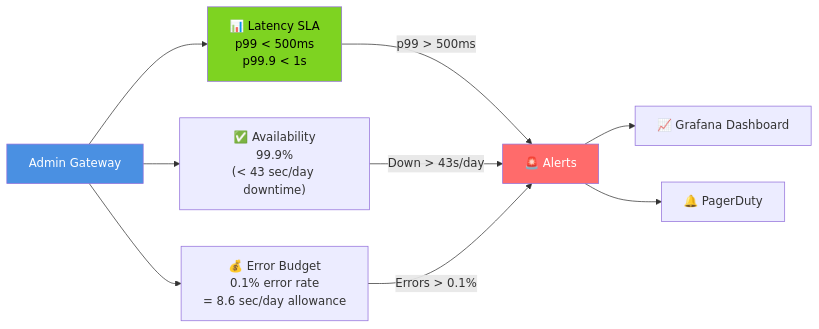
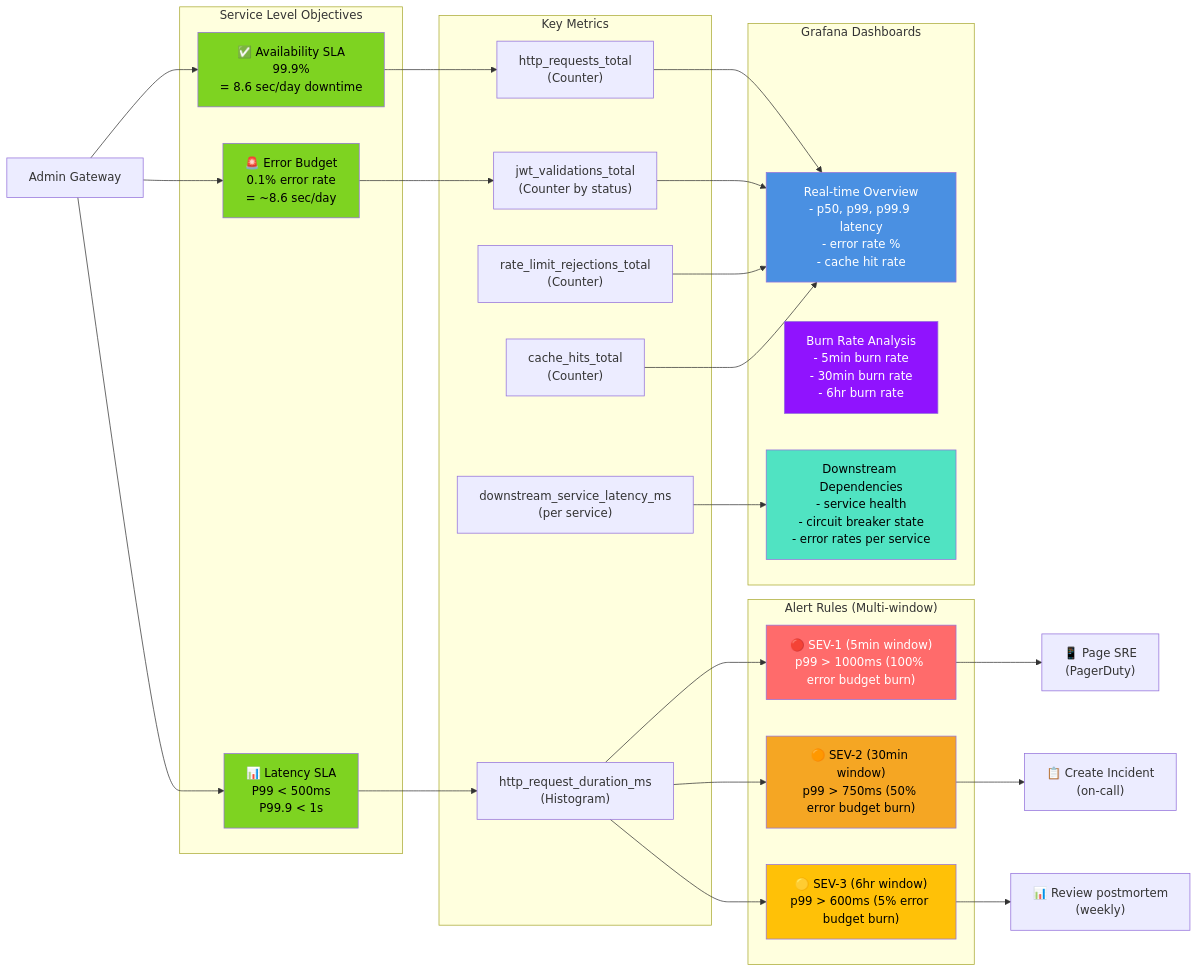
The fifth of 5 diagrams in docs/services/admin-gateway-service/diagrams-v2/07-end-to-end.md (sunitakeazycommerz-a11y/InstaCommerce), drawn with Mermaid before and after one commit. The commit also changed other lines of this file and 12 other files, not shown here.

````diff
--- a/docs/services/admin-gateway-service/diagrams-v2/07-end-to-end.md
+++ b/docs/services/admin-gateway-service/diagrams-v2/07-end-to-end.md
@@ -113,27 +320,63 @@
 ```mermaid
 graph LR
-    AdminGateway["Admin Gateway"]
+    Gateway["Admin Gateway"]
 
-    LatencyTarget["📊 Latency SLA<br/>p99 < 500ms<br/>p99.9 < 1s"]
-    AvailabilityTarget["✅ Availability<br/>99.9%<br/>(< 43 sec/day downtime)"]
-    ErrorBudget["💰 Error Budget<br/>0.1% error rate<br/>= 8.6 sec/day allowance"]
+    subgraph slos["Service Level Objectives"]
+        Latency["📊 Latency SLA<br/>P99 < 500ms<br/>P99.9 < 1s"]
+        Availability["✅ Availability SLA<br/>99.9%<br/>= 8.6 sec/day downtime"]
+        ErrorRate["🚨 Error Budget<br/>0.1% error rate<br/>= ~8.6 sec/day"]
+    end
 
-    AdminGateway --> LatencyTarget
-    AdminGateway --> AvailabilityTarget
-    AdminGateway --> ErrorBudget
+    subgraph metrics["Key Metrics"]
+        M1["http_request_duration_ms<br/>(Histogram)"]
+        M2["http_requests_total<br/>(Counter)"]
+        M3["jwt_validations_total<br/>(Counter by status)"]
+        M4["rate_limit_rejections_total<br/>(Counter)"]
+        M5["cache_hits_total<br/>(Counter)"]
+        M6["downstream_service_latency_ms<br/>(per service)"]
+    end
 
-    Alerts["🚨 Alerts"]
-    Dashboard["📈 Grafana Dashboard"]
-    Pagerduty["🔔 PagerDuty"]
+    subgraph alerts["Alert Rules (Multi-window)"]
+        A1["🔴 SEV-1 (5min window)<br/>p99 > 1000ms (100% error budget burn)"]
+        A2["🟠 SEV-2 (30min window)<br/>p99 > 750ms (50% error budget burn)"]
+        A3["🟡 SEV-3 (6hr window)<br/>p99 > 600ms (5% error budget burn)"]
+    end
 
-    LatencyTarget -->|p99 > 500ms| Alerts
-    AvailabilityTarget -->|Down > 43s/day| Alerts
-    ErrorBudget -->|Errors > 0.1%| Alerts
+    subgraph dashboards["Grafana Dashboards"]
+        D1["Real-time Overview<br/>- p50, p99, p99.9 latency<br/>- error rate %<br/>- cache hit rate"]
+        D2["Burn Rate Analysis<br/>- 5min burn rate<br/>- 30min burn rate<br/>- 6hr burn rate"]
+        D3["Downstream Dependencies<br/>- service health<br/>- circuit breaker state<br/>- error rates per service"]
+    end
 
-    Alerts --> Dashboard
-    Alerts --> Pagerduty
+    Gateway --> Latency
+    Gateway --> Availability
+    Gateway --> ErrorRate
 
-    style AdminGateway fill:#4A90E2,color:#fff
-    style LatencyTarget fill:#7ED321,color:#000
-    style Alerts fill:#FF6B6B,color:#fff
+    Latency --> M1
+    Availability --> M2
+    ErrorRate --> M3
+
+    M1 --> A1
+    M1 --> A2
+    M1 --> A3
+
+    M2 --> D1
+    M3 --> D1
+    M4 --> D1
+    M5 --> D1
+    M6 --> D3
+
+    A1 --> A1_Page["📱 Page SRE<br/>(PagerDuty)"]
+    A2 --> A2_Incident["📋 Create Incident<br/>(on-call)"]
+    A3 --> A3_Review["📊 Review postmortem<br/>(weekly)"]
+
+    style Latency fill:#7ED321,color:#000
+    style Availability fill:#7ED321,color:#000
+    style ErrorRate fill:#7ED321,color:#000
+    style A1 fill:#FF6B6B,color:#fff
+    style A2 fill:#F5A623,color:#000
+    style A3 fill:#FFC107,color:#000
+    style D1 fill:#4A90E2,color:#fff
+    style D2 fill:#9013FE,color:#fff
+    style D3 fill:#50E3C2,color:#000
 ```
````
